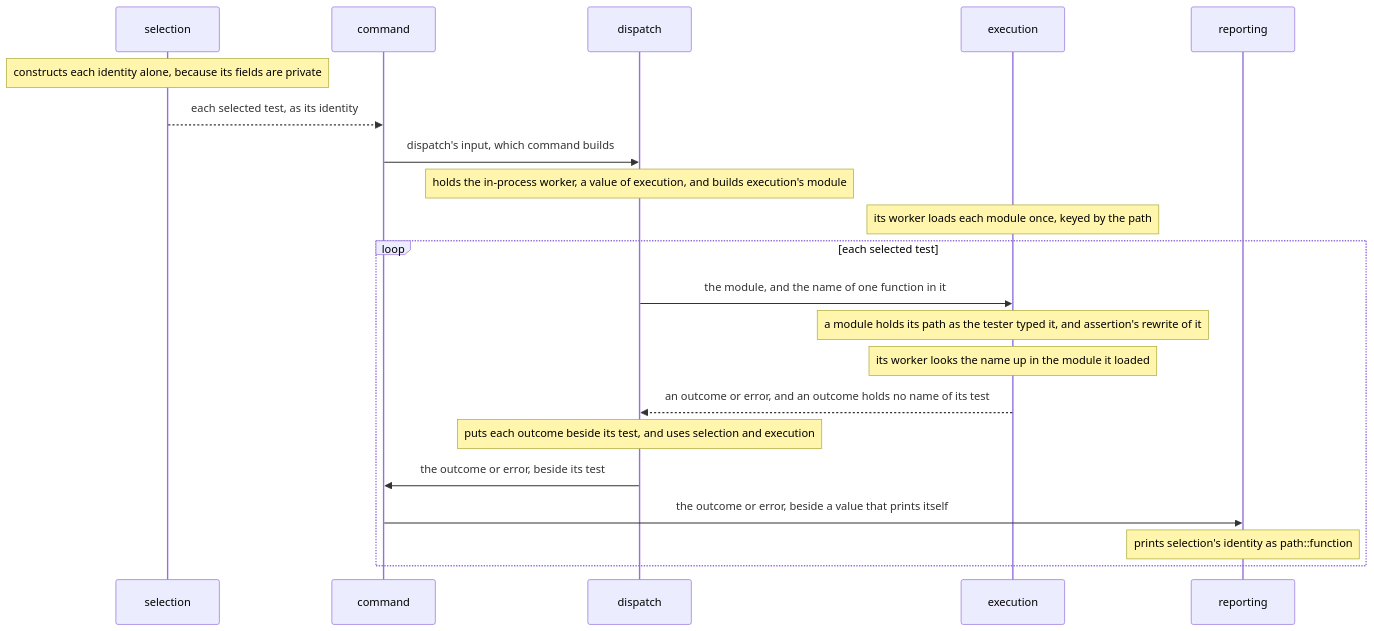
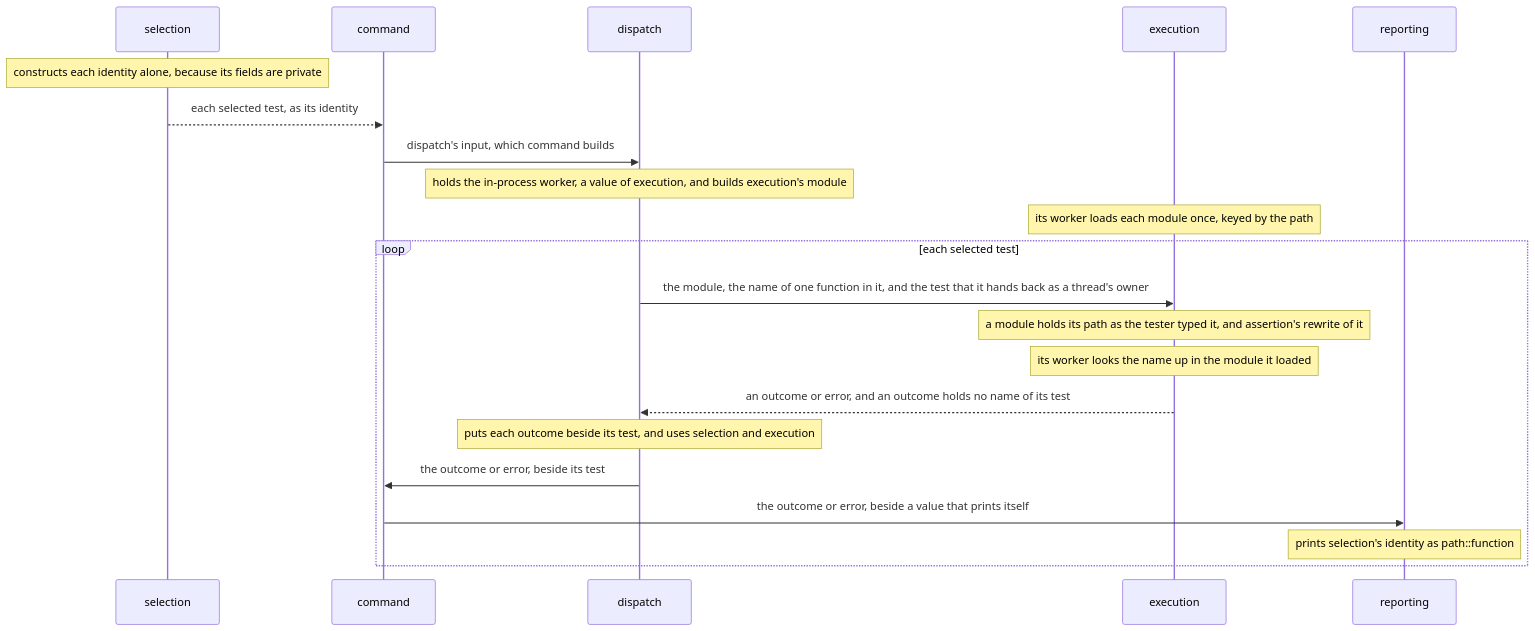
One commit to kalonji-tools/purba changed the diagram in docs/decisions/execution-calls-a-test-by-its-functions-name.md. Above: the diagram before and after it, drawn with Mermaid. The commit also changed 3 other files, not shown here.

First line of the commit message:
docs: record the test and the window that execution meets (#806)

````diff
--- a/docs/decisions/execution-calls-a-test-by-its-functions-name.md
+++ b/docs/decisions/execution-calls-a-test-by-its-functions-name.md
@@ -32,23 +32,23 @@
 ```mermaid
 sequenceDiagram
   participant selection
   participant command
   participant dispatch
   participant execution
   participant reporting
   Note over selection: constructs each identity alone, because its fields are private
   selection-->>command: each selected test, as its identity
   command->>dispatch: dispatch's input, which command builds
   Note over dispatch: holds the in-process worker, a value of execution, and builds execution's module
   Note over execution: its worker loads each module once, keyed by the path
   loop each selected test
-    dispatch->>execution: the module, and the name of one function in it
+    dispatch->>execution: the module, the name of one function in it, and the test that it hands back as a thread's owner
     Note over execution: a module holds its path as the tester typed it, and assertion's rewrite of it
     Note over execution: its worker looks the name up in the module it loaded
     execution-->>dispatch: an outcome or error, and an outcome holds no name of its test
     Note over dispatch: puts each outcome beside its test, and uses selection and execution
     dispatch->>command: the outcome or error, beside its test
     command->>reporting: the outcome or error, beside a value that prints itself
     Note over reporting: prints selection's identity as path::function
   end
 ```
````
